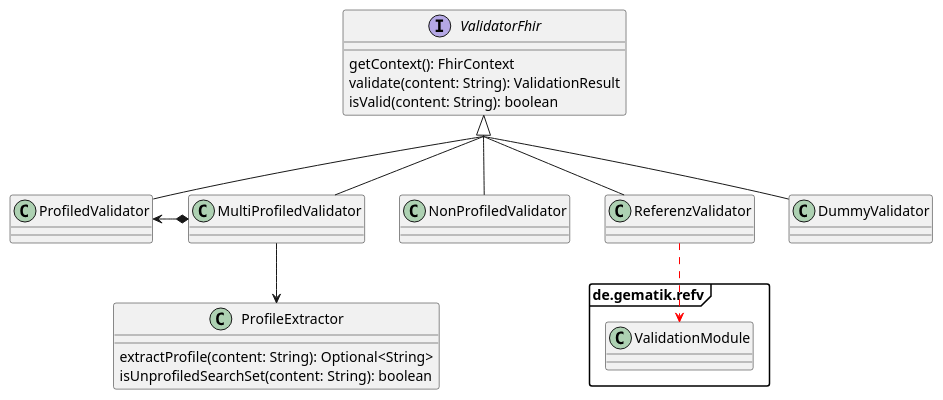
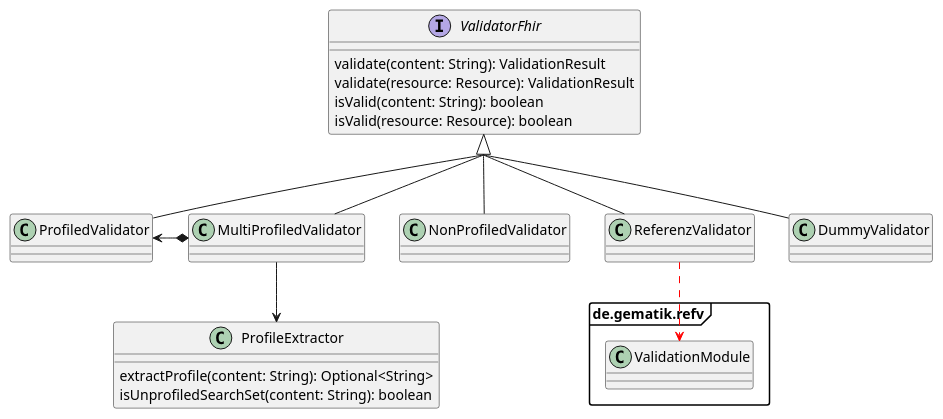
One commit to gematik/lib-bbriccs changed the diagram in adocs/plantuml/fhir-validator.puml. Above: the diagram before and after it, drawn with PlantUML. The commit also changed 239 other files, not shown here.

```diff
--- a/adocs/plantuml/fhir-validator.puml
+++ b/adocs/plantuml/fhir-validator.puml
@@ -1,34 +1,35 @@
 @startuml
 
 skinparam groupInheritance 2
 skinparam packageStyle Frame
 set namespaceSeparator none
 
 interface ValidatorFhir {
-    getContext(): FhirContext
     validate(content: String): ValidationResult
+    validate(resource: Resource): ValidationResult
     isValid(content: String): boolean
+    isValid(resource: Resource): boolean
 }
 
 
 class ProfiledValidator implements ValidatorFhir
 class MultiProfiledValidator implements ValidatorFhir
 class NonProfiledValidator implements ValidatorFhir
 class ReferenzValidator implements ValidatorFhir
 class DummyValidator implements ValidatorFhir
 
 package de.gematik.refv {
     class ValidationModule
 }
 
 class ProfileExtractor {
     extractProfile(content: String): Optional<String>
     isUnprofiledSearchSet(content: String): boolean
 }
 
 
 MultiProfiledValidator *-left-> ProfiledValidator
 MultiProfiledValidator -down-> ProfileExtractor
 ReferenzValidator -[#red,dashed]down-> ValidationModule
 
 @enduml
```
